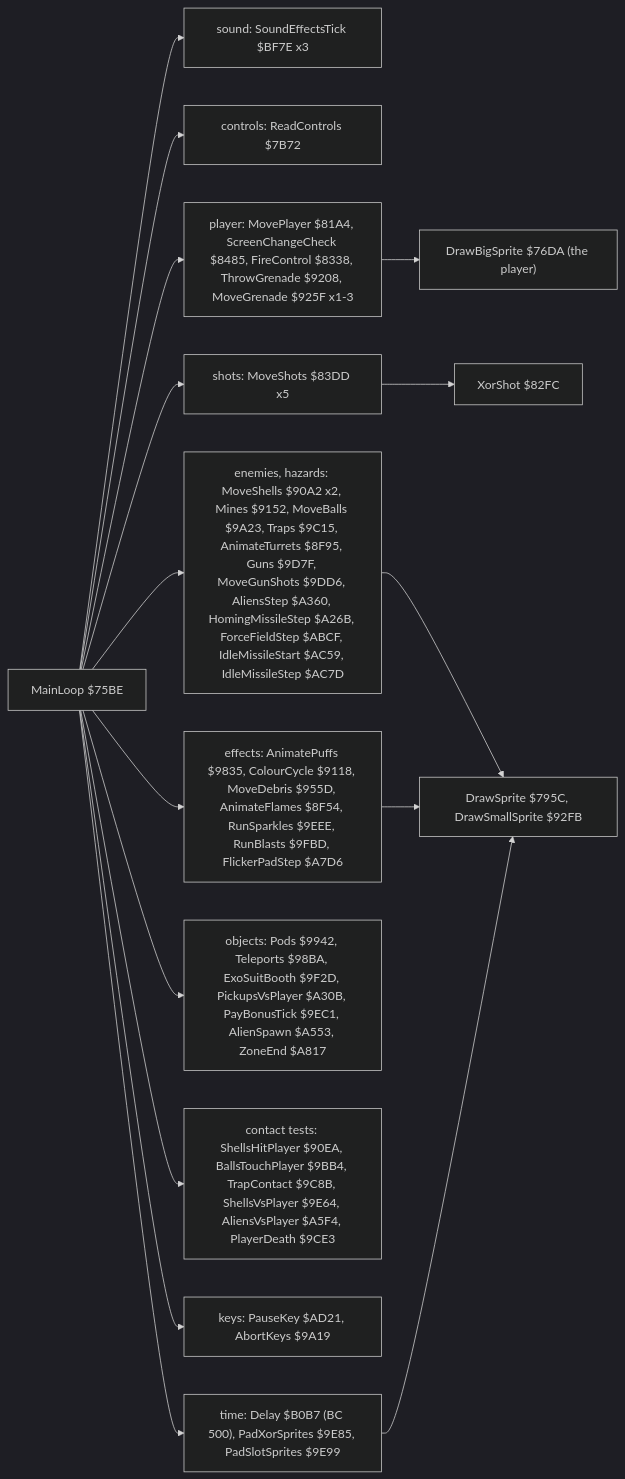
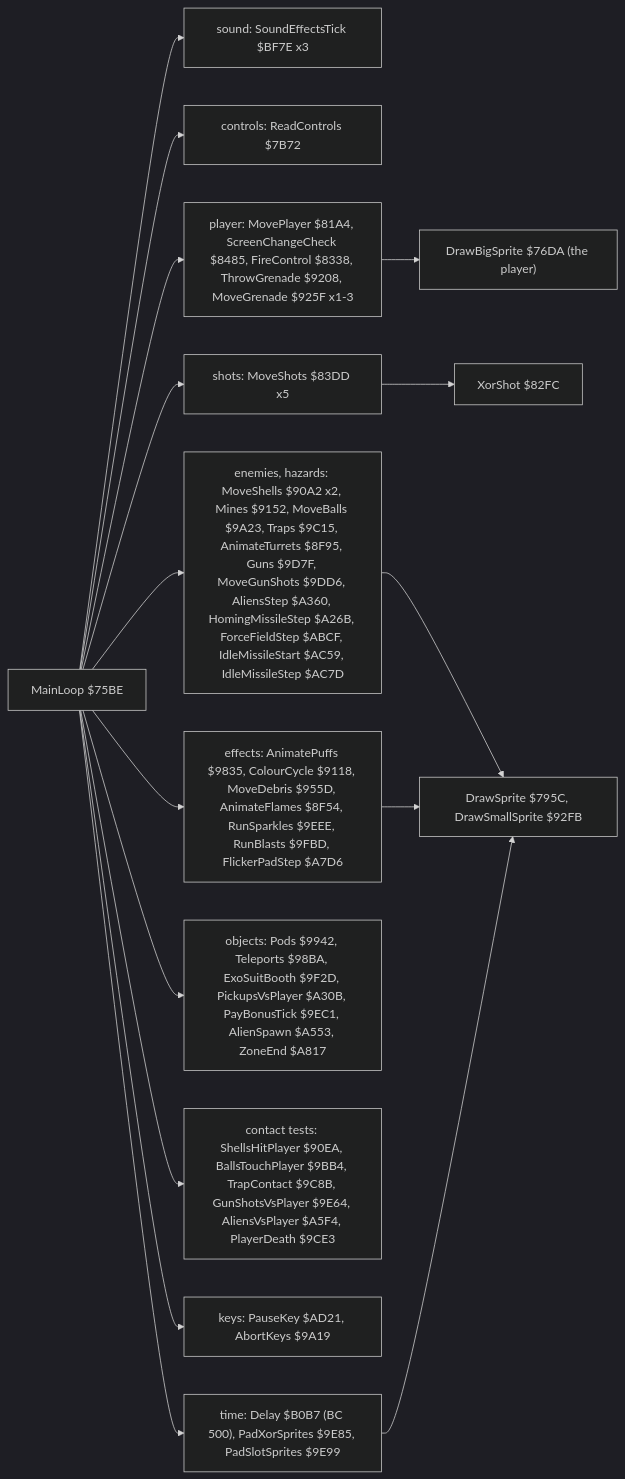
Before and after one commit to alfishe/unrealng-reverse-cases: the second of 4 diagrams in games/exolon/docs/02-architecture.md, drawn with Mermaid (dark theme). The commit also changed other lines of this file and 116 other files, not shown here.

````diff
--- a/games/exolon/docs/02-architecture.md
+++ b/games/exolon/docs/02-architecture.md
@@ -134,18 +140,18 @@
 ```mermaid
 flowchart LR
   ML["MainLoop $75BE"] --> SND["sound: SoundEffectsTick $BF7E x3"]
   ML --> IN["controls: ReadControls $7B72"]
   ML --> PL["player: MovePlayer $81A4, ScreenChangeCheck $8485, FireControl $8338, ThrowGrenade $9208, MoveGrenade $925F x1-3"]
   ML --> SH["shots: MoveShots $83DD x5"]
   ML --> EN["enemies, hazards: MoveShells $90A2 x2, Mines $9152, MoveBalls $9A23, Traps $9C15, AnimateTurrets $8F95, Guns $9D7F, MoveGunShots $9DD6, AliensStep $A360, HomingMissileStep $A26B, ForceFieldStep $ABCF, IdleMissileStart $AC59, IdleMissileStep $AC7D"]
   ML --> FX["effects: AnimatePuffs $9835, ColourCycle $9118, MoveDebris $955D, AnimateFlames $8F54, RunSparkles $9EEE, RunBlasts $9FBD, FlickerPadStep $A7D6"]
   ML --> OB["objects: Pods $9942, Teleports $98BA, ExoSuitBooth $9F2D, PickupsVsPlayer $A30B, PayBonusTick $9EC1, AlienSpawn $A553, ZoneEnd $A817"]
-  ML --> CT["contact tests: ShellsHitPlayer $90EA, BallsTouchPlayer $9BB4, TrapContact $9C8B, ShellsVsPlayer $9E64, AliensVsPlayer $A5F4, PlayerDeath $9CE3"]
+  ML --> CT["contact tests: ShellsHitPlayer $90EA, BallsTouchPlayer $9BB4, TrapContact $9C8B, GunShotsVsPlayer $9E64, AliensVsPlayer $A5F4, PlayerDeath $9CE3"]
   ML --> KEY["keys: PauseKey $AD21, AbortKeys $9A19"]
   ML --> PAD["time: Delay $B0B7 (BC 500), PadXorSprites $9E85, PadSlotSprites $9E99"]
   PL --> DBS["DrawBigSprite $76DA (the player)"]
   EN --> DS["DrawSprite $795C, DrawSmallSprite $92FB"]
   FX --> DS
   PAD --> DS
   SH --> XS["XorShot $82FC"]
 ```
````
